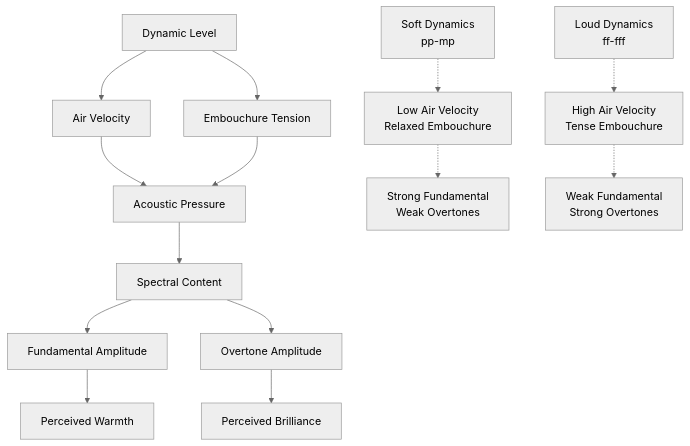
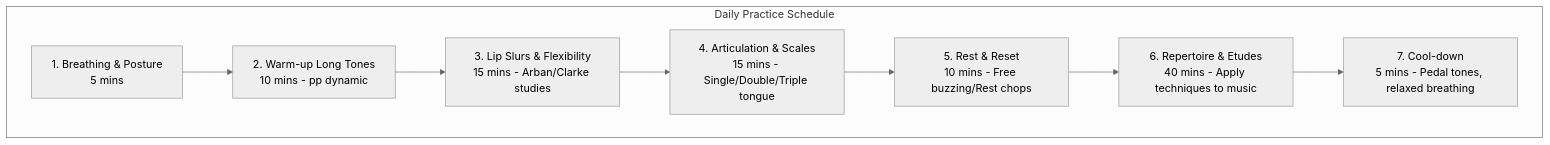
One commit to blebleblee/synapse changed the third of 3 diagrams in topics/arts/music_performance/brass/lesson_04_performance_practices.md. Above: the diagram before and after it, drawn with Mermaid (neutral theme). The commit also changed other lines of this file and 4 other files, not shown here.

````diff
--- a/topics/arts/music_performance/brass/lesson_04_performance_practices.md
+++ b/topics/arts/music_performance/brass/lesson_04_performance_practices.md
@@ -137,18 +178,11 @@
 ```mermaid
 graph TD
-    A["Dynamic Level"] --> B["Air Velocity"]
-    A --> C["Embouchure Tension"]
-    B --> D["Acoustic Pressure"]
-    C --> D
-    D --> E["Spectral Content"]
-    E --> F["Fundamental Amplitude"]
-    E --> G["Overtone Amplitude"]
-    F --> H["Perceived Warmth"]
-    G --> I["Perceived Brilliance"]
-    
-    J["Soft Dynamics<br/>pp-mp"] -.-> K["Low Air Velocity<br/>Relaxed Embouchure"]
-    K -.-> L["Strong Fundamental<br/>Weak Overtones"]
-    
-    M["Loud Dynamics<br/>ff-fff"] -.-> N["High Air Velocity<br/>Tense Embouchure"]
-    N -.-> O["Weak Fundamental<br/>Strong Overtones"]
+    subgraph sub_routine ["Daily Practice Schedule"]
+        A["1. Breathing & Posture<br/>5 mins"] --> B["2. Warm-up Long Tones<br/>10 mins - pp dynamic"]
+        B --> C["3. Lip Slurs & Flexibility<br/>15 mins - Arban/Clarke studies"]
+        C --> D["4. Articulation & Scales<br/>15 mins - Single/Double/Triple tongue"]
+        D --> E["5. Rest & Reset<br/>10 mins - Free buzzing/Rest chops"]
+        E --> F["6. Repertoire & Etudes<br/>40 mins - Apply techniques to music"]
+        F --> G["7. Cool-down<br/>5 mins - Pedal tones, relaxed breathing"]
+    end
 ```
````
